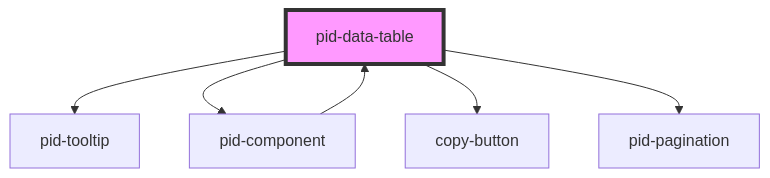
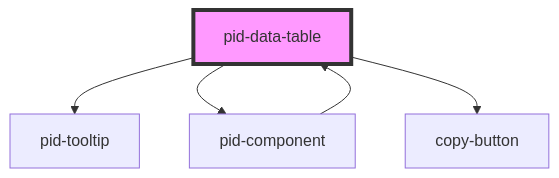
Before and after one commit to kit-data-manager/pid-component: the diagram in packages/stencil-library/src/components/pid-data-table/readme.md, drawn with Mermaid. The commit also changed other lines of this file and 14 other files, not shown here.

````diff
--- a/packages/stencil-library/src/components/pid-data-table/readme.md
+++ b/packages/stencil-library/src/components/pid-data-table/readme.md
@@ -41,9 +42,8 @@
 ```mermaid
 graph TD;
   pid-data-table --> pid-tooltip
   pid-data-table --> pid-component
   pid-data-table --> copy-button
-  pid-data-table --> pid-pagination
   pid-component --> pid-data-table
   style pid-data-table fill:#f9f,stroke:#333,stroke-width:4px
 ```
````
